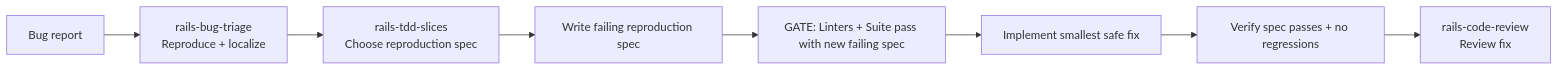
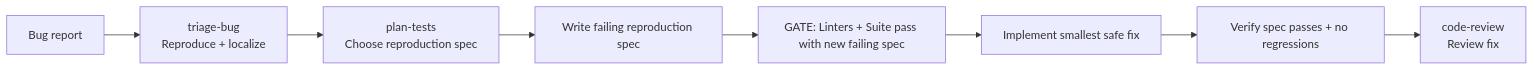
Before and after one commit to igmarin/my-RoR-personal-skills: the sixth of 17 diagrams in docs/workflow-guide.md, drawn with Mermaid. The commit also changed other lines of this file and 295 other files, not shown here.

First line of the commit message:
Refactor names flows (#57)

````diff
--- a/docs/workflow-guide.md
+++ b/docs/workflow-guide.md
@@ -337,10 +337,10 @@
 ```mermaid
 flowchart LR
-    A[Bug report] --> B[rails-bug-triage\nReproduce + localize]
-    B --> C[rails-tdd-slices\nChoose reproduction spec]
+    A[Bug report] --> B[triage-bug\nReproduce + localize]
+    B --> C[plan-tests\nChoose reproduction spec]
     C --> D["Write failing reproduction spec"]
     D --> E["GATE: Linters + Suite pass with new failing spec"]
     E --> F["Implement smallest safe fix"]
     F --> G["Verify spec passes + no regressions"]
-    G --> H[rails-code-review\nReview fix]
+    G --> H[code-review\nReview fix]
 ```
````
